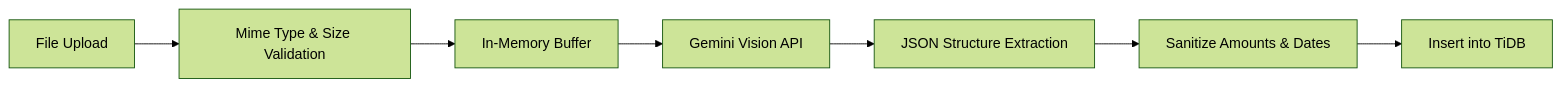
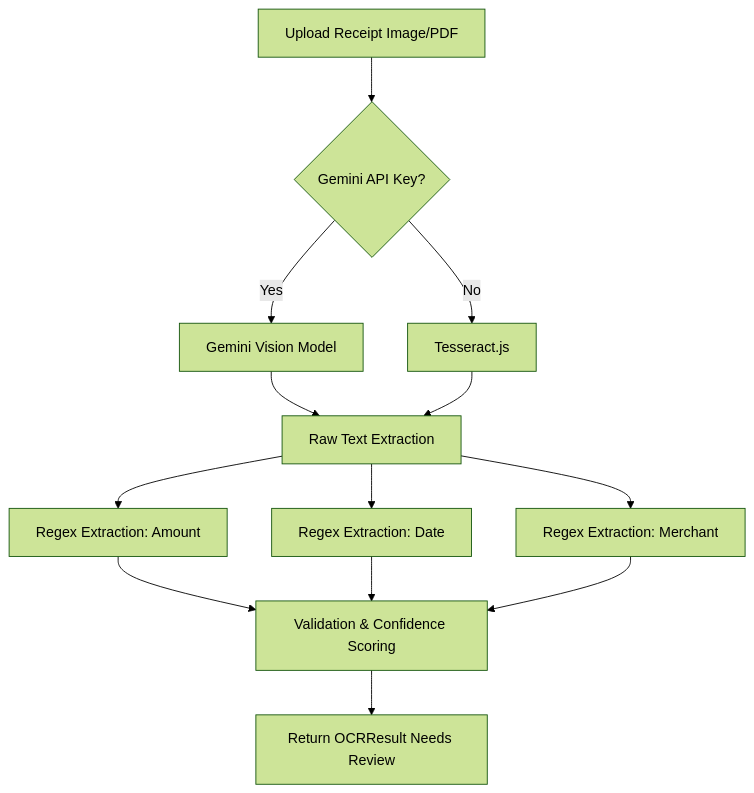
The fifth of 8 diagrams in README.md (Karthik00769/SmartSpend), drawn with Mermaid (forest theme) before and after one commit. The commit also changed other lines of this file, not shown here.

````diff
--- a/README.md
+++ b/README.md
@@ -149,9 +106,13 @@
 ```mermaid
-graph LR
-    Upload[File Upload] --> Validator[Mime Type & Size Validation]
-    Validator --> Buffer[In-Memory Buffer]
-    Buffer --> Vision[Gemini Vision API]
-    Vision --> Extractor[JSON Structure Extraction]
-    Extractor --> Sanitizer[Sanitize Amounts & Dates]
-    Sanitizer --> DB[Insert into TiDB]
+flowchart TD
+    A[Upload Receipt Image/PDF] --> B{Gemini API Key?}
+    B -- Yes --> C[Gemini Vision Model]
+    B -- No --> D[Tesseract.js]
+    C --> E[Raw Text Extraction]
+    D --> E
+    E --> F[Regex Extraction: Amount]
+    E --> G[Regex Extraction: Date]
+    E --> H[Regex Extraction: Merchant]
+    F & G & H --> I[Validation & Confidence Scoring]
+    I --> J[Return OCRResult Needs Review]
 ```
````
